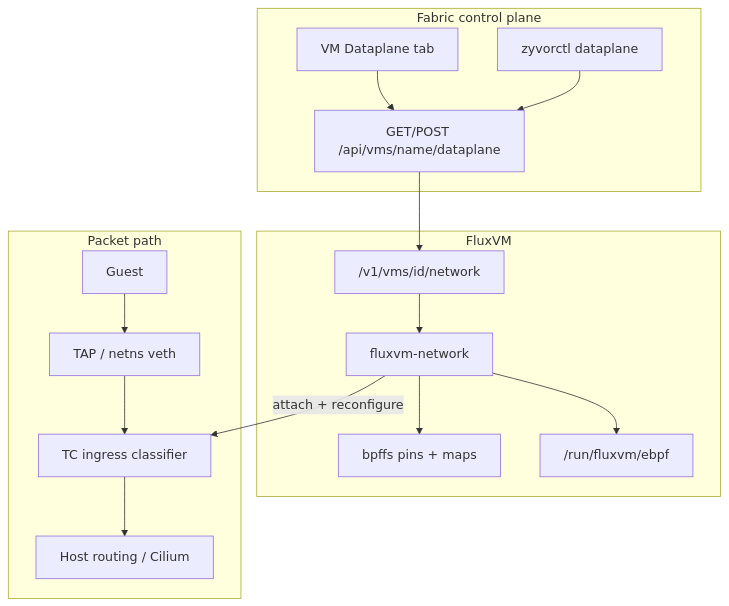
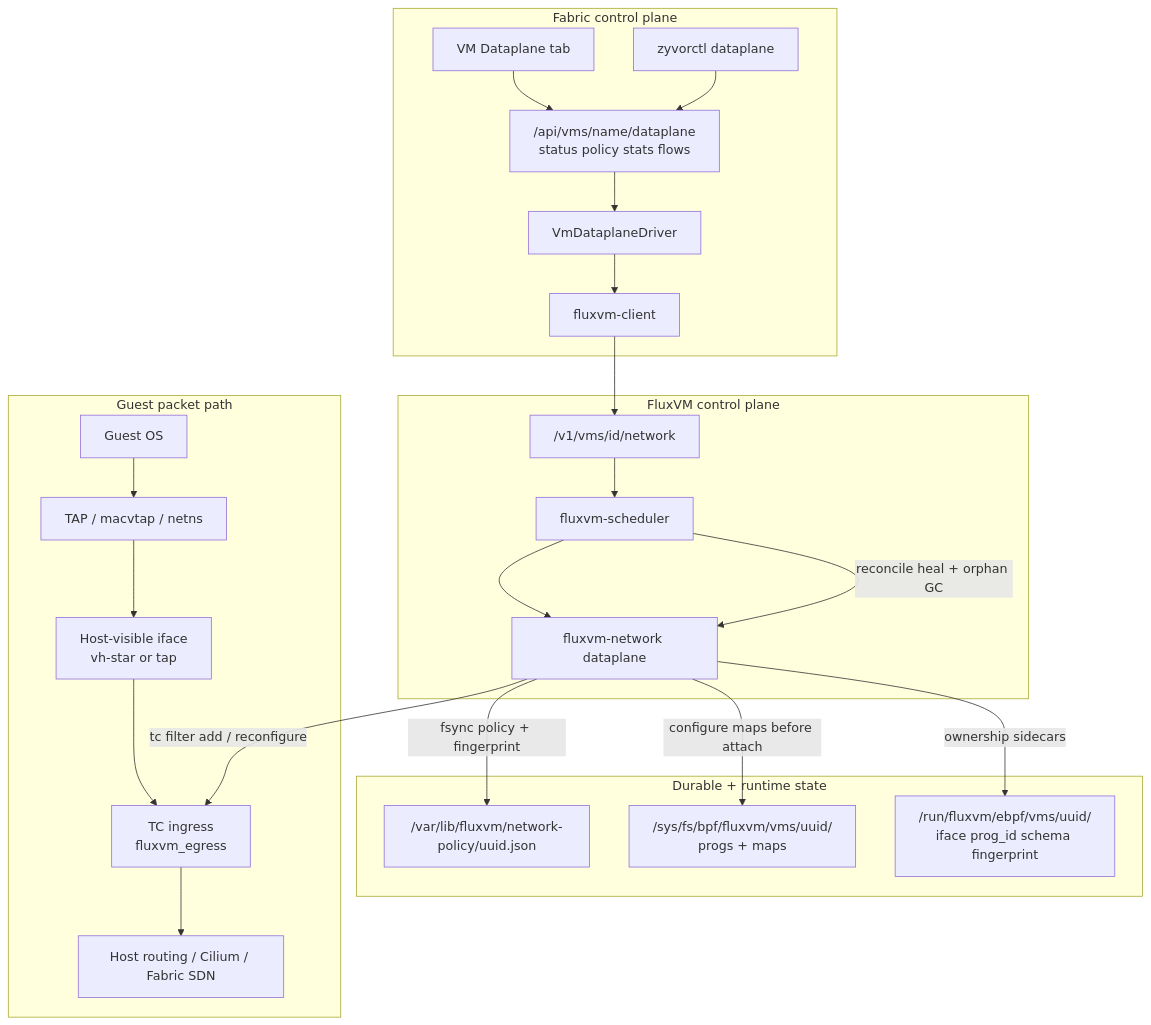
One commit to zyvorai/fabric changed the third of 7 diagrams in README.md. Above: the diagram before and after it, drawn with Mermaid. The commit also changed other lines of this file, not shown here.

First line of the commit message:
Document detailed Network Fabric architecture diagrams in README.

````diff
--- a/README.md
+++ b/README.md
@@ -231,31 +237,42 @@
 ```mermaid
 flowchart TB
-  subgraph fabricUX [Fabric control plane]
-    Tab[VM Dataplane tab]
-    CLI[zyvorctl dataplane]
-    API["GET/POST /api/vms/name/dataplane"]
-    Tab --> API
-    CLI --> API
+  subgraph fabricCtrl [Fabric control plane]
+    WebTab[VM Dataplane tab]
+    Zctl[zyvorctl dataplane]
+    FabAPI["/api/vms/name/dataplane\nstatus policy stats flows"]
+    Driver[VmDataplaneDriver]
+    FClient[fluxvm-client]
+    WebTab --> FabAPI
+    Zctl --> FabAPI
+    FabAPI --> Driver --> FClient
   end
 
-  subgraph flux [FluxVM]
+  subgraph fluxCtrl [FluxVM control plane]
     NetAPI["/v1/vms/id/network"]
-    DP[fluxvm-network]
-    Pins["bpffs pins + maps"]
-    Meta["/run/fluxvm/ebpf"]
-    NetAPI --> DP
-    DP --> Pins
-    DP --> Meta
+    Sched[fluxvm-scheduler]
+    DP[fluxvm-network dataplane]
+    NetAPI --> Sched --> DP
   end
 
-  subgraph path [Packet path]
-    Guest[Guest]
-    Tap[TAP / netns veth]
-    Hook[TC ingress classifier]
-    Host[Host routing / Cilium]
-    Guest --> Tap --> Hook --> Host
+  subgraph durable [Durable + runtime state]
+    PolJSON["/var/lib/fluxvm/network-policy/uuid.json"]
+    Pins["/sys/fs/bpf/fluxvm/vms/uuid/\nprogs + maps"]
+    Meta["/run/fluxvm/ebpf/vms/uuid/\niface prog_id schema fingerprint"]
   end
 
-  API --> NetAPI
-  DP -->|attach + reconfigure| Hook
+  subgraph guestPath [Guest packet path]
+    Guest[Guest OS]
+    TAP[TAP / macvtap / netns]
+    HostEdge["Host-visible iface\nvh-star or tap"]
+    TC["TC ingress\nfluxvm_egress"]
+    HostRt[Host routing / Cilium / Fabric SDN]
+    Guest --> TAP --> HostEdge --> TC --> HostRt
+  end
+
+  FClient --> NetAPI
+  DP -->|configure maps before attach| Pins
+  DP -->|fsync policy + fingerprint| PolJSON
+  DP -->|ownership sidecars| Meta
+  DP -->|tc filter add / reconfigure| TC
+  Sched -->|reconcile heal + orphan GC| DP
 ```
````
